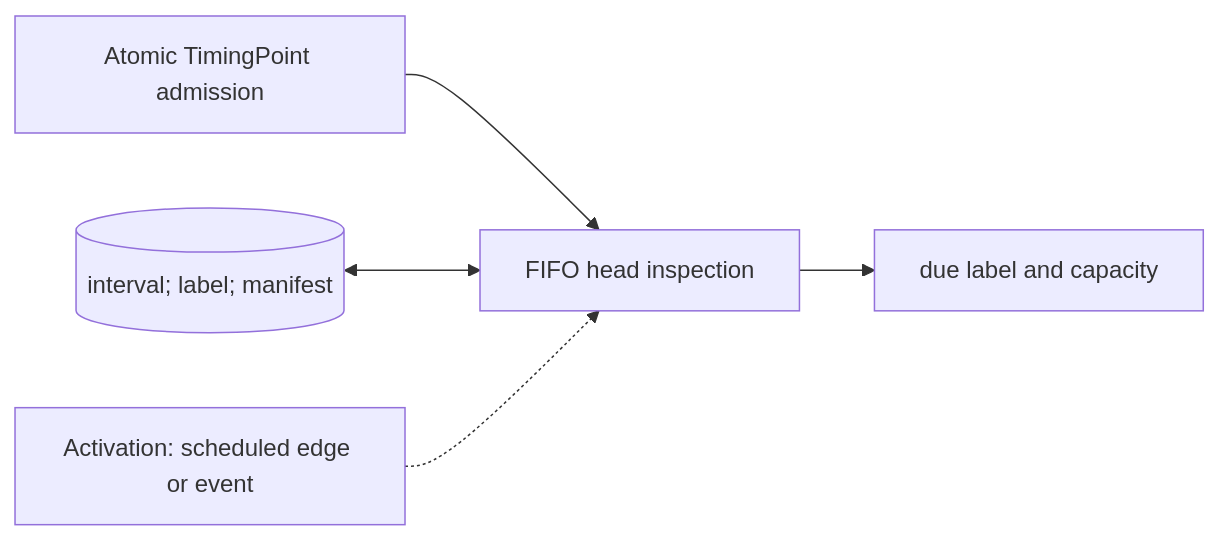
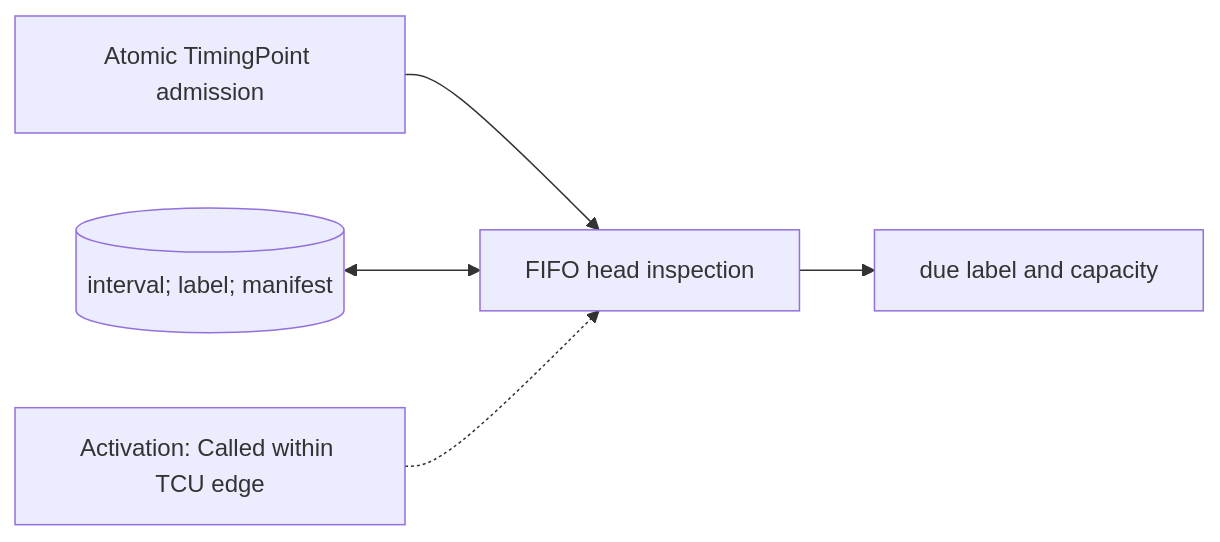
Before and after one commit to qsbit-org/qsbit-sim: the diagram in docs/modules/timing-queue.md, drawn with Mermaid. The commit also changed other lines of this file and 24 other files, not shown here.

````diff
--- a/docs/modules/timing-queue.md
+++ b/docs/modules/timing-queue.md
@@ -17,7 +17,7 @@
 ```mermaid
 flowchart LR
     U["Atomic TimingPoint admission"] --> P["FIFO head inspection"]
     S[("interval; label; manifest")] <--> P
     P --> D["due label and capacity"]
-    K["Activation: scheduled edge or event"] -.-> P
+    K["Activation: Called within TCU edge"] -.-> P
 ```
````
